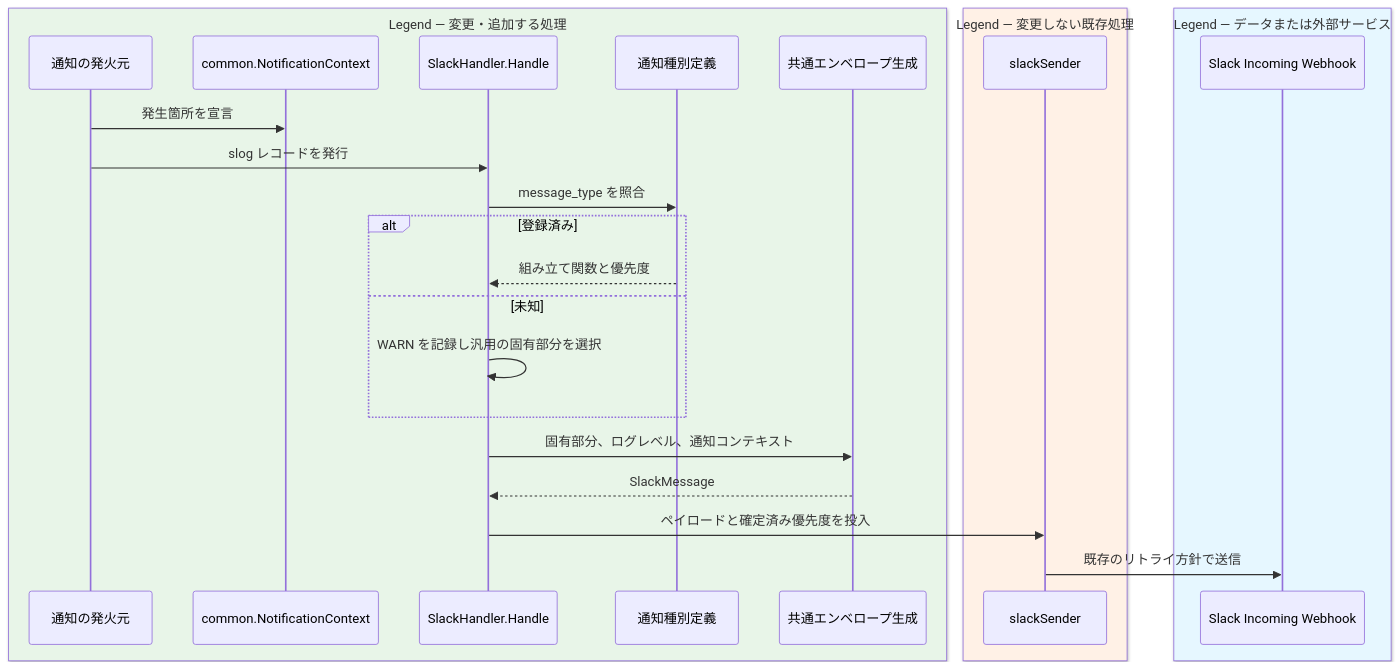
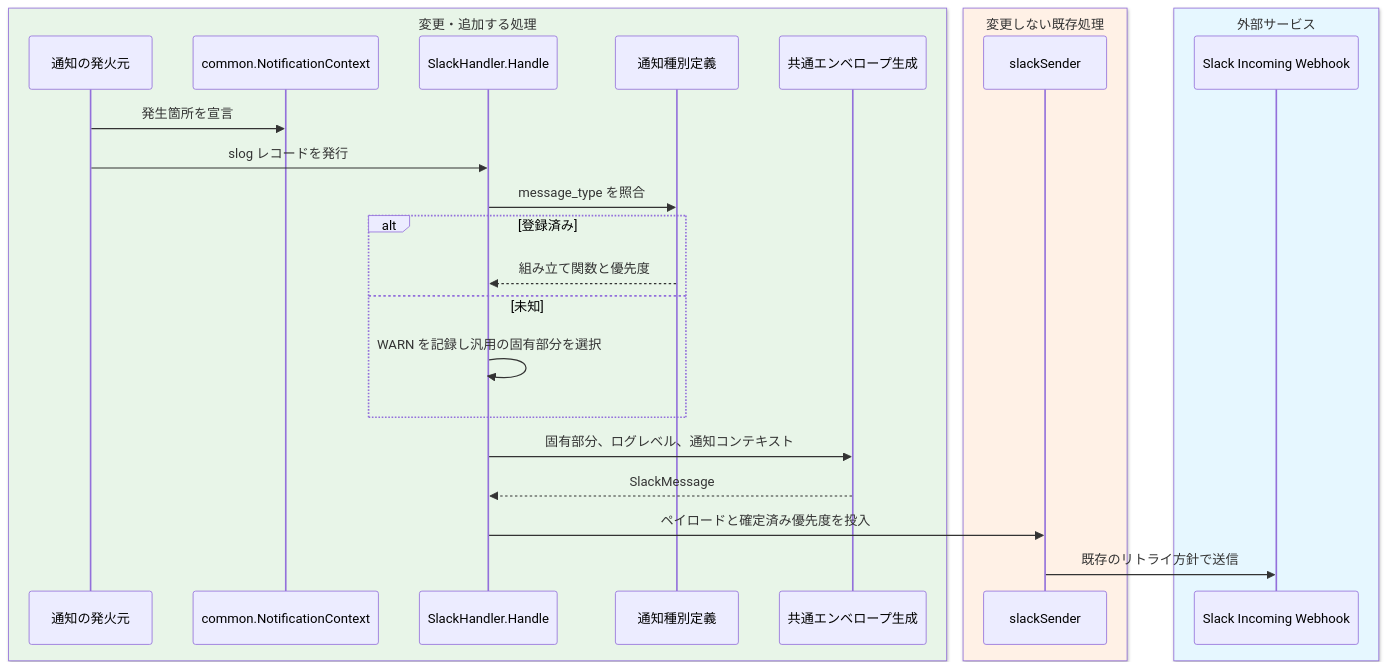
Before and after one commit to isseis/go-safe-cmd-runner: the fifth of 10 diagrams in docs/tasks/0172_slack_notification_message_unification/02_architecture.md, drawn with Mermaid. The commit also changed other lines of this file, not shown here.

````diff
--- a/docs/tasks/0172_slack_notification_message_unification/02_architecture.md
+++ b/docs/tasks/0172_slack_notification_message_unification/02_architecture.md
@@ -210,29 +230,29 @@
 ```mermaid
 sequenceDiagram
-    box rgb(232,245,232) Legend — 変更・追加する処理
+    box rgb(232,245,232) 変更・追加する処理
         participant P as 通知の発火元
         participant C as common.NotificationContext
         participant H as SlackHandler.Handle
         participant D as 通知種別定義
         participant E as 共通エンベロープ生成
     end
-    box rgb(255,241,230) Legend — 変更しない既存処理
+    box rgb(255,241,230) 変更しない既存処理
         participant S as slackSender
     end
-    box rgb(230,247,255) Legend — データまたは外部サービス
+    box rgb(230,247,255) 外部サービス
         participant W as Slack Incoming Webhook
     end
 
     P->>C: 発生箇所を宣言
     P->>H: slog レコードを発行
     H->>D: message_type を照合
     alt 登録済み
         D-->>H: 組み立て関数と優先度
     else 未知
         H->>H: WARN を記録し汎用の固有部分を選択
     end
     H->>E: 固有部分、ログレベル、通知コンテキスト
     E-->>H: SlackMessage
     H->>S: ペイロードと確定済み優先度を投入
     S->>W: 既存のリトライ方針で送信
 ```
````
